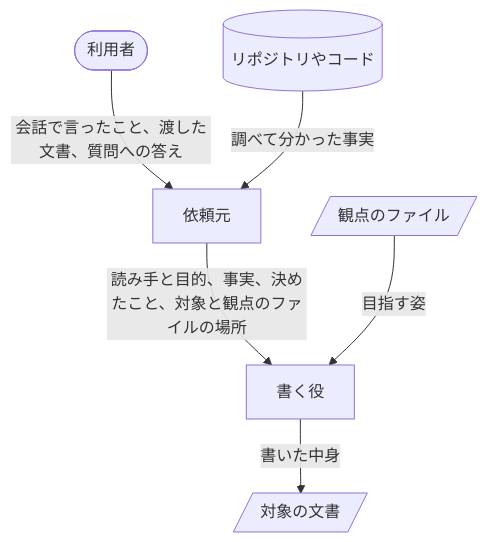
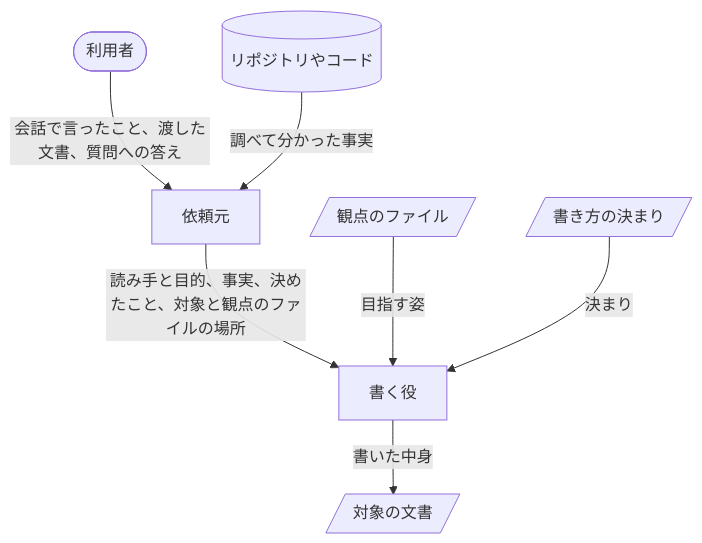
The second of 5 diagrams in writ/docs/design.md (lovaizu/ccpm), drawn with Mermaid before and after one commit. The commit also changed other lines of this file and 1 other file, not shown here.

````diff
--- a/writ/docs/design.md
+++ b/writ/docs/design.md
@@ -78,14 +78,16 @@
 ```mermaid
 flowchart TD
   U([利用者])
   R[依頼元]
   S[(リポジトリやコード)]
   W[書く役]
   E[/観点のファイル/]
+  C[/書き方の決まり/]
   F[/対象の文書/]
   U -->|会話で言ったこと、渡した文書、質問への答え| R
   S -->|調べて分かった事実| R
   R -->|読み手と目的、事実、決めたこと、対象と観点のファイルの場所| W
   E -->|目指す姿| W
+  C -->|決まり| W
   W -->|書いた中身| F
 ```
````
